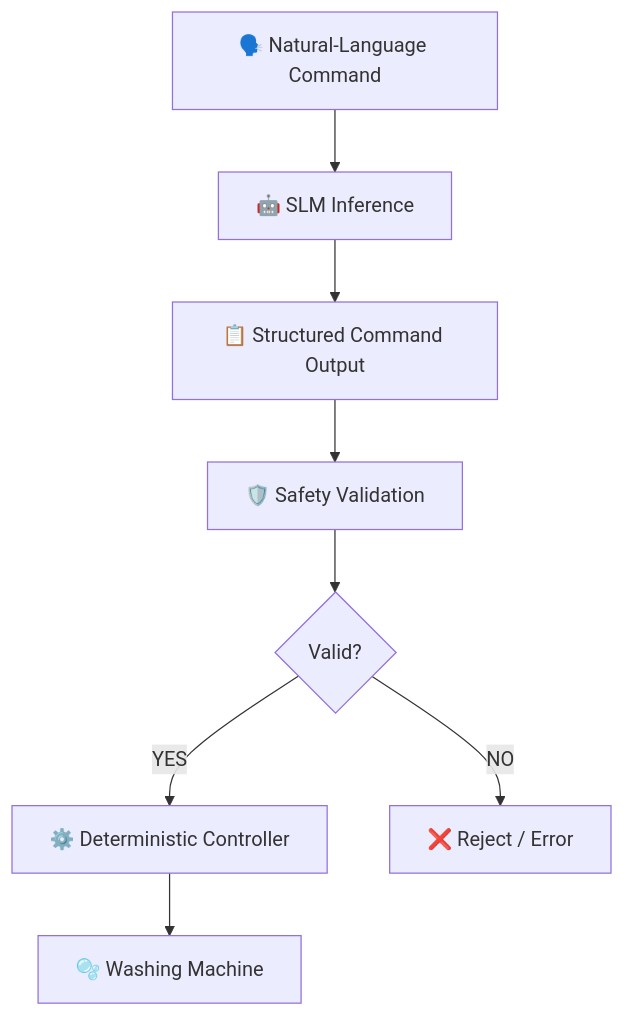
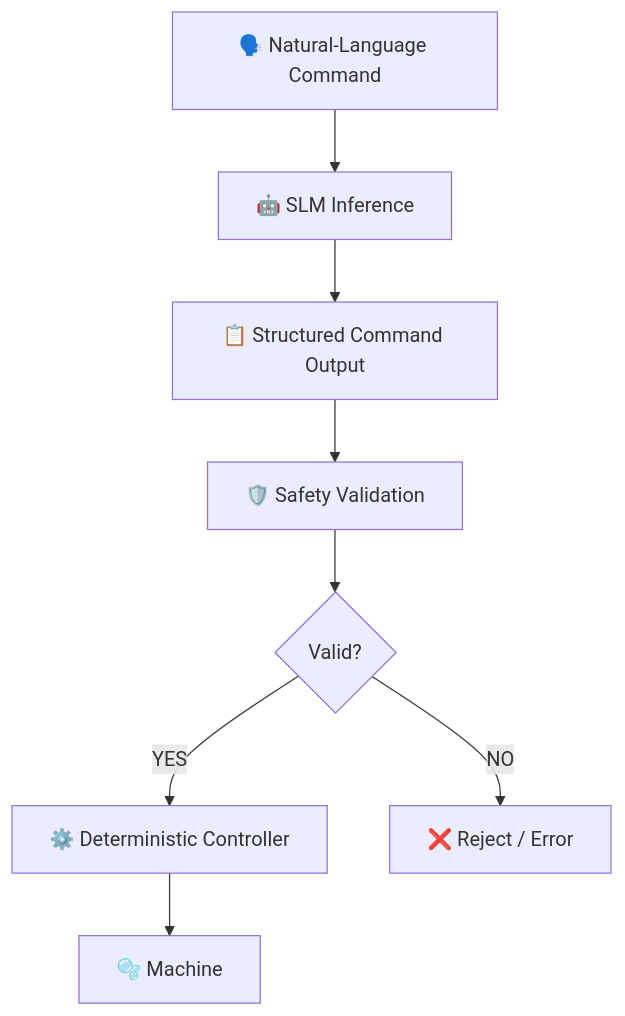
One commit to AMAANALI70/SLM changed the third of 14 diagrams in README.md. Above: the diagram before and after it, drawn with Mermaid. The commit also changed other lines of this file, not shown here.

````diff
--- a/README.md
+++ b/README.md
@@ -81,10 +81,10 @@
 ```mermaid
 flowchart TD
     A["🗣️ Natural-Language Command"] --> B["🤖 SLM Inference"]
     B --> C["📋 Structured Command Output"]
     C --> D["🛡️ Safety Validation"]
     D --> E{Valid?}
     E -- "YES" --> F["⚙️ Deterministic Controller"]
     E -- "NO" --> G["❌ Reject / Error"]
-    F --> H["🫧 Washing Machine"]
+    F --> H["🫧  Machine"]
 ```
````
